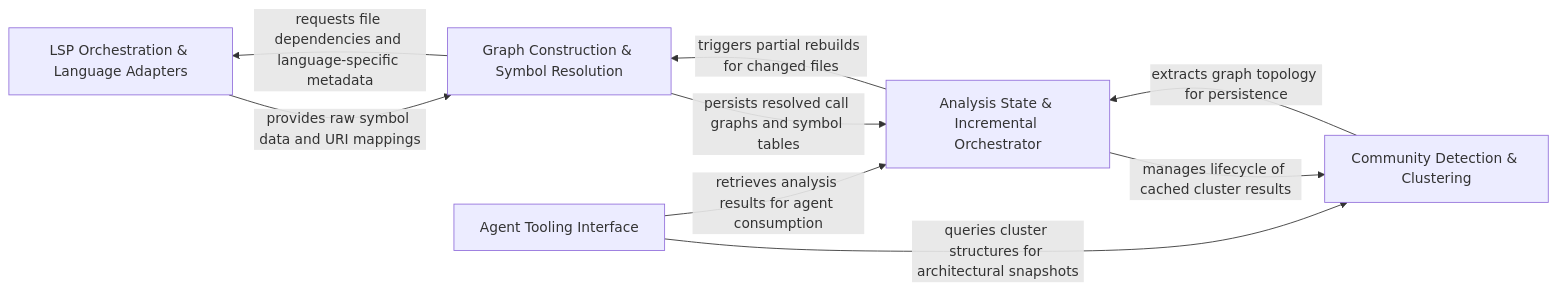
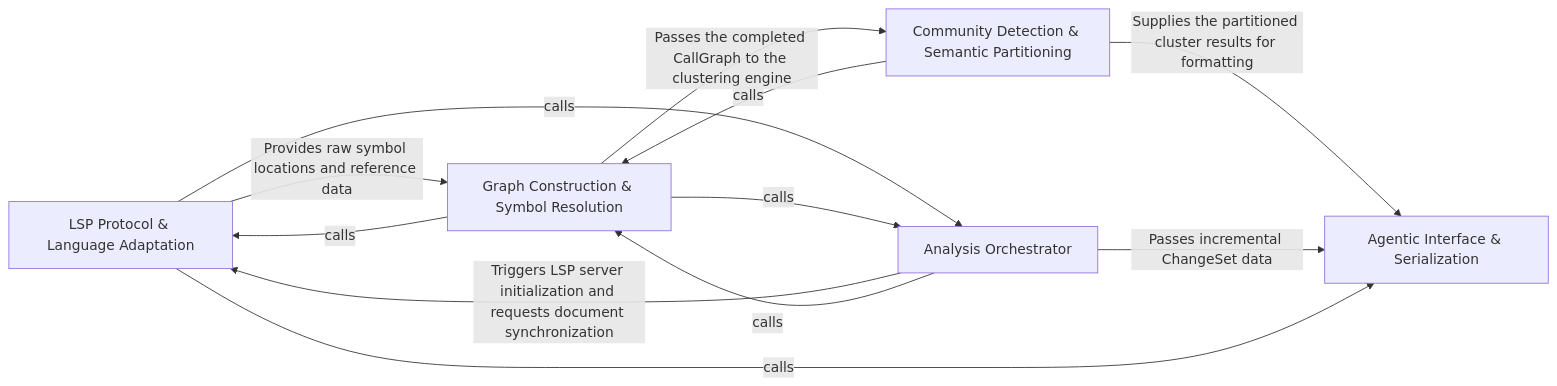
Before and after one commit to CodeBoarding/CodeBoarding: the diagram in .codeboarding/Static_Analysis_Graph_Engine.md, drawn with Mermaid. The commit also changed other lines of this file and 110 other files, not shown here.

Commit message:
chore(codeboarding): sync architecture baseline

````diff
--- a/.codeboarding/Static_Analysis_Graph_Engine.md
+++ b/.codeboarding/Static_Analysis_Graph_Engine.md
@@ -1,16 +1,24 @@
 ```mermaid
 graph LR
-    LSP_Orchestration_Language_Adapters["LSP Orchestration & Language Adapters"]
+    LSP_Protocol_Language_Adaptation["LSP Protocol & Language Adaptation"]
     Graph_Construction_Symbol_Resolution["Graph Construction & Symbol Resolution"]
-    Community_Detection_Clustering["Community Detection & Clustering"]
-    Analysis_State_Incremental_Orchestrator["Analysis State & Incremental Orchestrator"]
-    Agent_Tooling_Interface["Agent Tooling Interface"]
-    LSP_Orchestration_Language_Adapters -- "provides raw symbol data and URI mappings" --> Graph_Construction_Symbol_Resolution
-    Graph_Construction_Symbol_Resolution -- "requests file dependencies and language-specific metadata" --> LSP_Orchestration_Language_Adapters
-    Graph_Construction_Symbol_Resolution -- "persists resolved call graphs and symbol tables" --> Analysis_State_Incremental_Orchestrator
-    Community_Detection_Clustering -- "extracts graph topology for persistence" --> Analysis_State_Incremental_Orchestrator
-    Analysis_State_Incremental_Orchestrator -- "manages lifecycle of cached cluster results" --> Community_Detection_Clustering
-    Agent_Tooling_Interface -- "queries cluster structures for architectural snapshots" --> Community_Detection_Clustering
-    Agent_Tooling_Interface -- "retrieves analysis results for agent consumption" --> Analysis_State_Incremental_Orchestrator
-    Analysis_State_Incremental_Orchestrator -- "triggers partial rebuilds for changed files" --> Graph_Construction_Symbol_Resolution
+    Analysis_Orchestrator["Analysis Orchestrator"]
+    Community_Detection_Semantic_Partitioning["Community Detection & Semantic Partitioning"]
+    Agentic_Interface_Serialization["Agentic Interface & Serialization"]
+    Analysis_Orchestrator -- "Triggers LSP server initialization and requests document synchronization" --> LSP_Protocol_Language_Adaptation
+    LSP_Protocol_Language_Adaptation -- "Provides raw symbol locations and reference data" --> Graph_Construction_Symbol_Resolution
+    Graph_Construction_Symbol_Resolution -- "Passes the completed CallGraph to the clustering engine" --> Community_Detection_Semantic_Partitioning
+    Community_Detection_Semantic_Partitioning -- "Supplies the partitioned cluster results for formatting" --> Agentic_Interface_Serialization
+    Analysis_Orchestrator -- "Passes incremental ChangeSet data" --> Agentic_Interface_Serialization
+    LSP_Protocol_Language_Adaptation -- "calls" --> Analysis_Orchestrator
+    LSP_Protocol_Language_Adaptation -- "calls" --> Agentic_Interface_Serialization
+    Graph_Construction_Symbol_Resolution -- "calls" --> LSP_Protocol_Language_Adaptation
+    Graph_Construction_Symbol_Resolution -- "calls" --> Analysis_Orchestrator
+    Analysis_Orchestrator -- "calls" --> Graph_Construction_Symbol_Resolution
+    Community_Detection_Semantic_Partitioning -- "calls" --> Graph_Construction_Symbol_Resolution
+    click LSP_Protocol_Language_Adaptation href "https://github.com/CodeBoarding/CodeBoarding/blob/main/.codeboarding/LSP_Protocol_Language_Adaptation.md" "Details"
+    click Graph_Construction_Symbol_Resolution href "https://github.com/CodeBoarding/CodeBoarding/blob/main/.codeboarding/Graph_Construction_Symbol_Resolution.md" "Details"
+    click Analysis_Orchestrator href "https://github.com/CodeBoarding/CodeBoarding/blob/main/.codeboarding/Analysis_Orchestrator.md" "Details"
+    click Community_Detection_Semantic_Partitioning href "https://github.com/CodeBoarding/CodeBoarding/blob/main/.codeboarding/Community_Detection_Semantic_Partitioning.md" "Details"
+    click Agentic_Interface_Serialization href "https://github.com/CodeBoarding/CodeBoarding/blob/main/.codeboarding/Agentic_Interface_Serialization.md" "Details"
 ```
````
